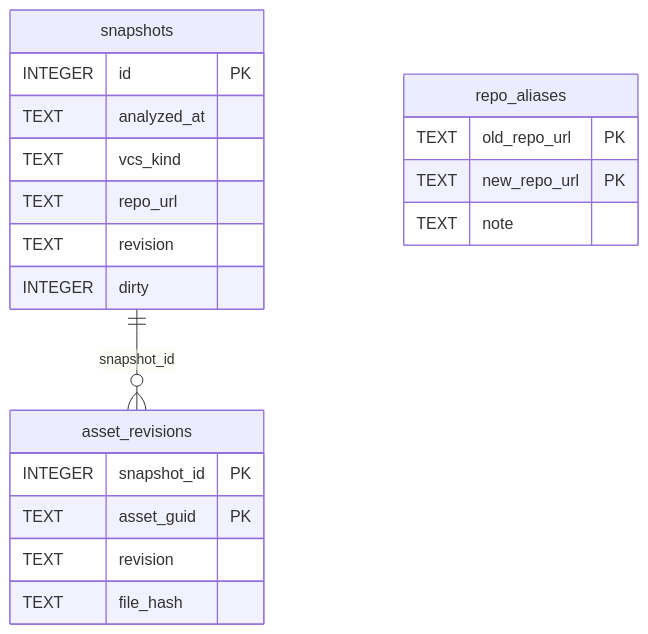
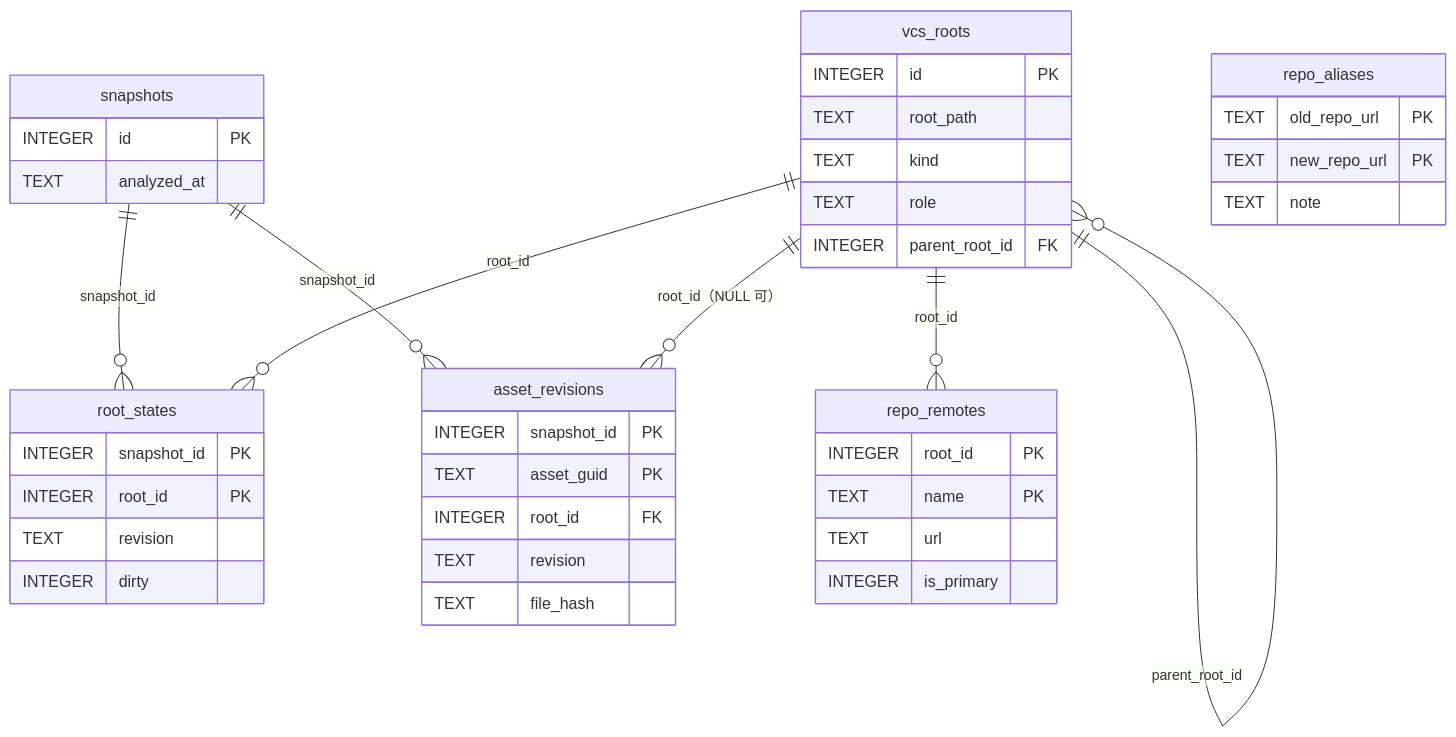
Before and after one commit to murnana/unity-ariadne: the diagram in docs/spec/databases/provenance-db.md, drawn with Mermaid. The commit also changed other lines of this file and 2 other files, not shown here.

First line of the commit message:
Spec: provenance per VCS root (multi-remote, submodules, mixed VCS)

````diff
--- a/docs/spec/databases/provenance-db.md
+++ b/docs/spec/databases/provenance-db.md
@@ -9,23 +19,44 @@
 ```mermaid
 erDiagram
+    snapshots ||--o{ root_states : "snapshot_id"
     snapshots ||--o{ asset_revisions : "snapshot_id"
+    vcs_roots ||--o{ root_states : "root_id"
+    vcs_roots ||--o{ repo_remotes : "root_id"
+    vcs_roots ||--o{ asset_revisions : "root_id（NULL 可）"
+    vcs_roots ||--o{ vcs_roots : "parent_root_id"
     snapshots {
         INTEGER id PK
         TEXT analyzed_at
-        TEXT vcs_kind
-        TEXT repo_url
+    }
+    vcs_roots {
+        INTEGER id PK
+        TEXT root_path
+        TEXT kind
+        TEXT role
+        INTEGER parent_root_id FK
+    }
+    repo_remotes {
+        INTEGER root_id PK
+        TEXT name PK
+        TEXT url
+        INTEGER is_primary
+    }
+    root_states {
+        INTEGER snapshot_id PK
+        INTEGER root_id PK
         TEXT revision
         INTEGER dirty
     }
     asset_revisions {
         INTEGER snapshot_id PK
         TEXT asset_guid PK
+        INTEGER root_id FK
         TEXT revision
         TEXT file_hash
     }
     repo_aliases {
         TEXT old_repo_url PK
         TEXT new_repo_url PK
         TEXT note
     }
 ```
````
